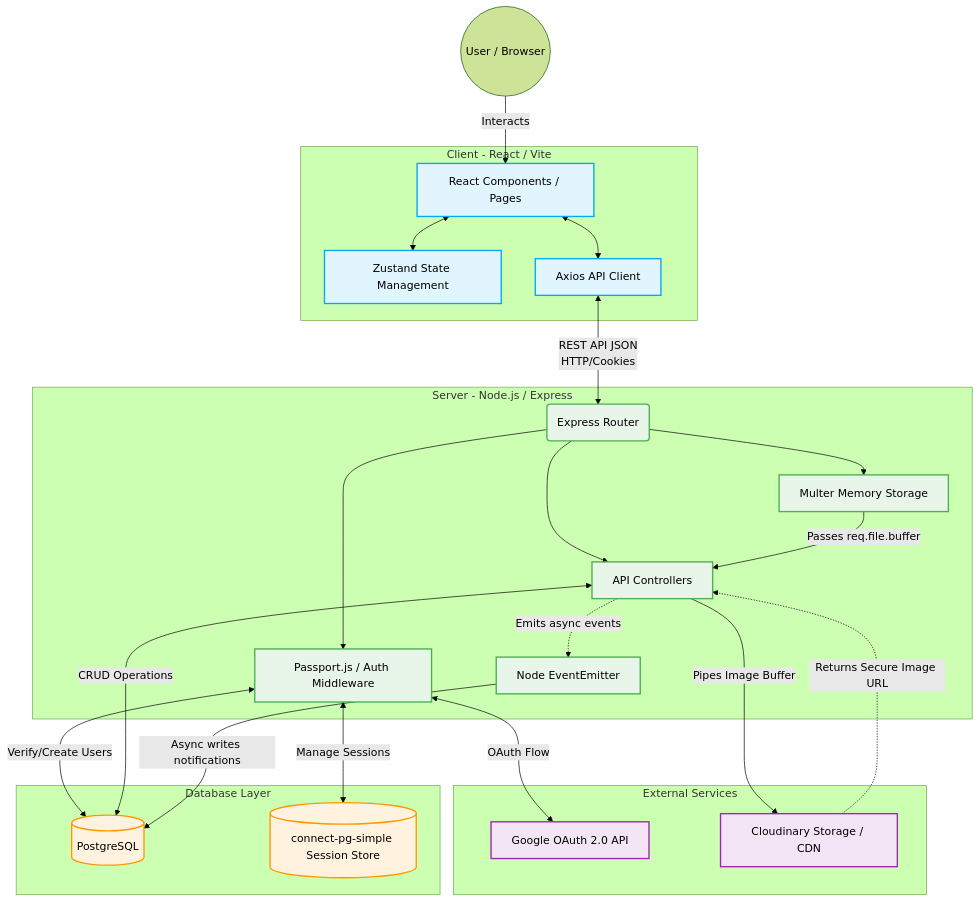
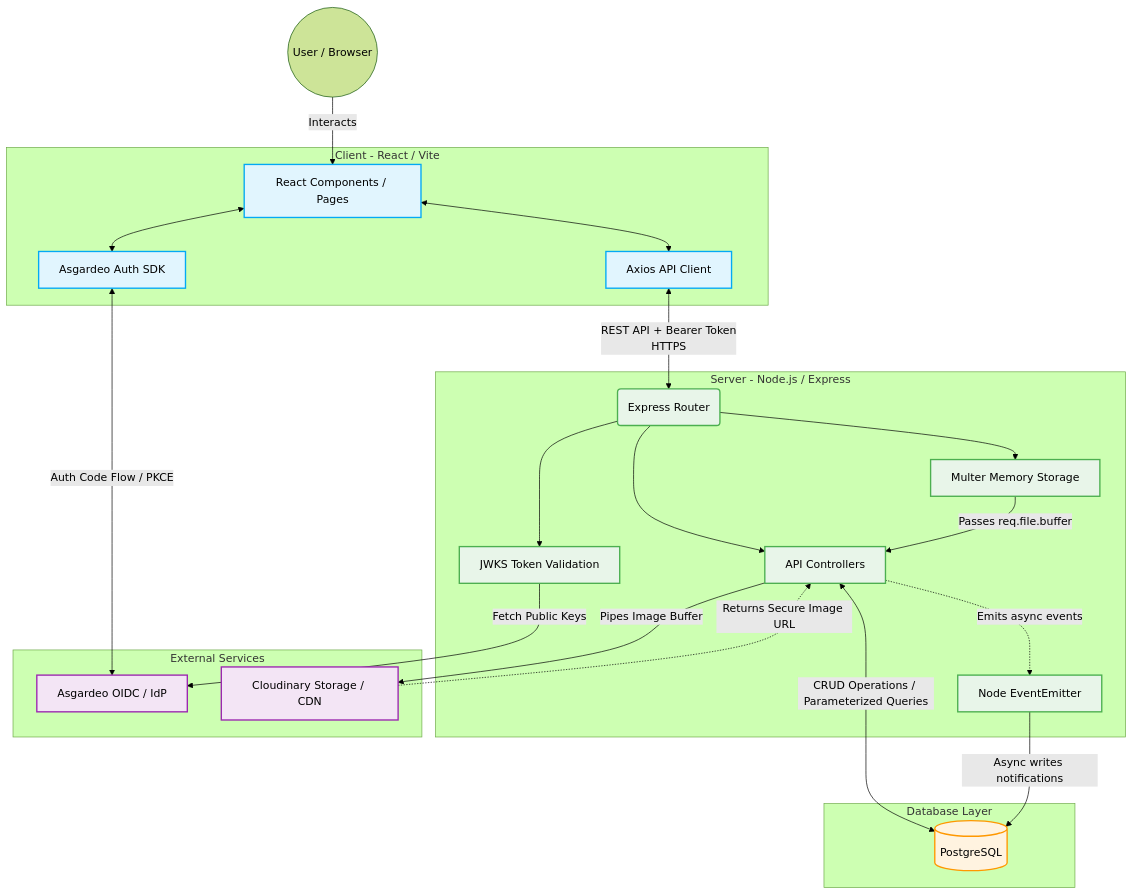
One commit to BGYKanishka/Student_Project_Portal changed the diagram in README.md. Above: the diagram before and after it, drawn with Mermaid (forest theme). The commit also changed other lines of this file and 7 other files, not shown here.

Commit message:
chore: clean up legacy auth code and update README

````diff
--- a/README.md
+++ b/README.md
@@ -28,69 +36,62 @@
 ```mermaid
 graph TD
     %% User Interaction
     User((User / Browser)) -->|Interacts| ClientApp
 
     %% Frontend Layer
     subgraph Frontend [Client - React / Vite]
         ClientApp[React Components / Pages]
-        StateStore[Zustand State Management]
+        AuthSDK[Asgardeo Auth SDK]
         Axios[Axios API Client]
-        ClientApp <--> StateStore
+        ClientApp <--> AuthSDK
         ClientApp <--> Axios
     end
 
     %% Backend Layer
     subgraph Backend [Server - Node.js / Express]
         Router(Express Router)
-        AuthMiddleware[Passport.js / Auth Middleware]
+        JWKSMiddleware[JWKS Token Validation]
         UploadMiddleware[Multer Memory Storage]
         Controllers[API Controllers]
         EventEmitter[Node EventEmitter]
         
-        Router --> AuthMiddleware
+        Router --> JWKSMiddleware
         Router --> UploadMiddleware
         Router --> Controllers
         Controllers -.->|Emits async events| EventEmitter
     end
 
     %% External Services
     subgraph External [External Services]
-        Google[Google OAuth 2.0 API]
+        Asgardeo[Asgardeo OIDC / IdP]
         Cloudinary[Cloudinary Storage / CDN]
     end
 
     %% Database Layer
     subgraph DB [Database Layer]
         Postgres[(PostgreSQL)]
-        SessionStore[(connect-pg-simple Session Store)]
     end
 
     %% Connections across layers
-    Axios <-->|REST API JSON \n HTTP/Cookies| Router
+    AuthSDK <-->|Auth Code Flow / PKCE| Asgardeo
+    Axios <-->|REST API + Bearer Token \n HTTPS| Router
+    JWKSMiddleware -->|Fetch Public Keys| Asgardeo
     
-    AuthMiddleware <-->|OAuth Flow| Google
-    AuthMiddleware <-->|Manage Sessions| SessionStore
-    AuthMiddleware <-->|Verify/Create Users| Postgres
-
     UploadMiddleware -->|Passes req.file.buffer| Controllers
     Controllers -->|Pipes Image Buffer| Cloudinary
     Cloudinary -.->|Returns Secure Image URL| Controllers
 
-    Controllers <-->|CRUD Operations| Postgres
+    Controllers <-->|CRUD Operations / Parameterized Queries| Postgres
     EventEmitter -->|Async writes notifications| Postgres
-    
-    %% Force External Services to be on the same level as Database Layer
-    EventEmitter ~~~ Google
-    EventEmitter ~~~ Cloudinary
     
     %% Styling
     classDef frontend fill:#e1f5fe,stroke:#03a9f4,stroke-width:2px,color:#000000;
     classDef backend fill:#e8f5e9,stroke:#4caf50,stroke-width:2px,color:#000000;
     classDef database fill:#fff3e0,stroke:#ff9800,stroke-width:2px,color:#000000;
     classDef external fill:#f3e5f5,stroke:#9c27b0,stroke-width:2px,color:#000000;
     
-    class ClientApp,StateStore,Axios frontend;
-    class Router,AuthMiddleware,UploadMiddleware,Controllers,EventEmitter backend;
-    class Postgres,SessionStore database;
-    class Google,Cloudinary external;
+    class ClientApp,AuthSDK,Axios frontend;
+    class Router,JWKSMiddleware,UploadMiddleware,Controllers,EventEmitter backend;
+    class Postgres database;
+    class Asgardeo,Cloudinary external;
 ```
````
